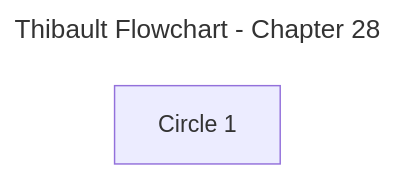
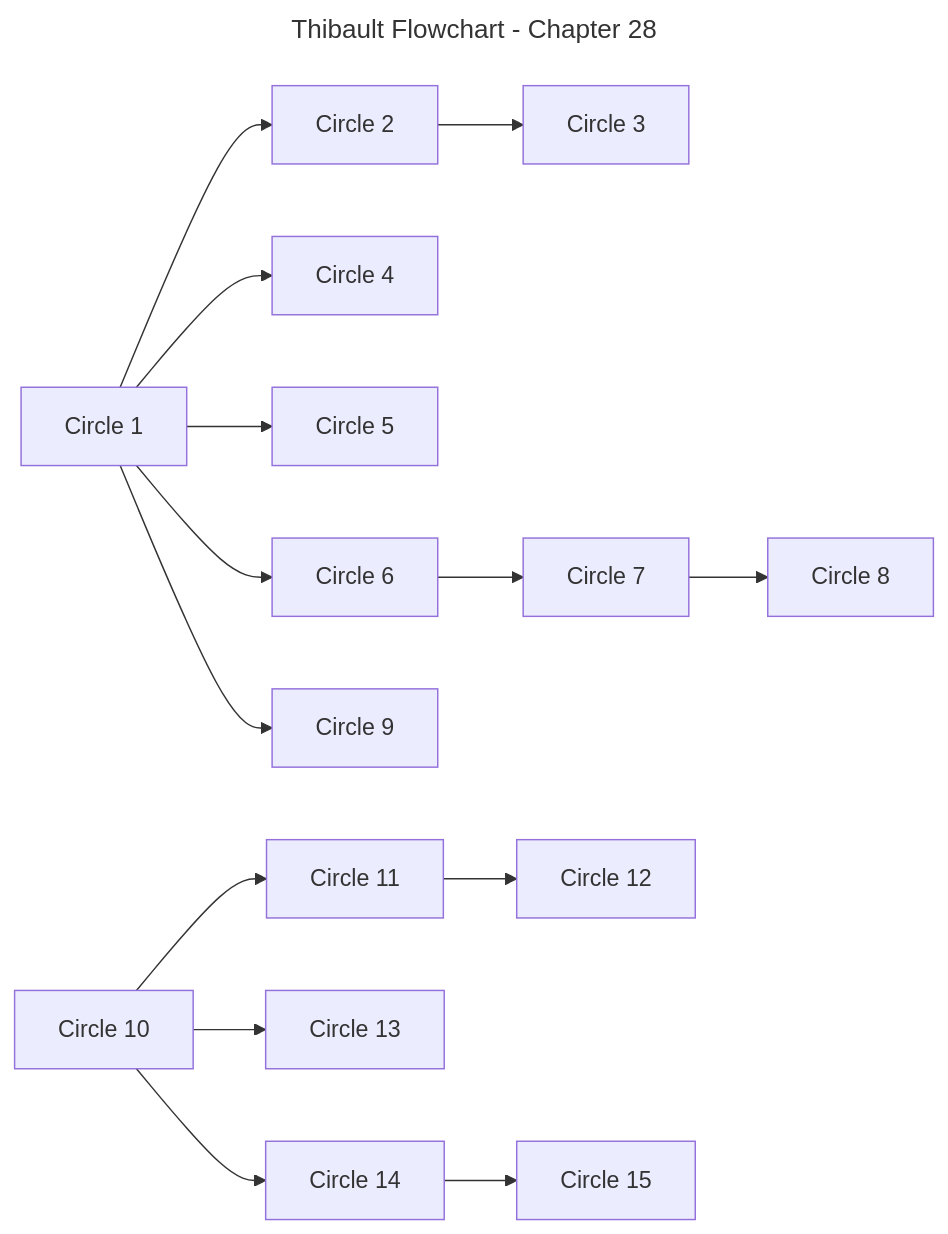
One commit to aquesnel/thibault-flowchart changed the diagram in flowchart-per-chapter/chapter-28.mmd. Above: the diagram before and after it, drawn with Mermaid.

Commit message:
feat(ch28): initial flowchart of the circles
Added additional nodes and edges to the flowchart for chapter 28.

```diff
--- a/flowchart-per-chapter/chapter-28.mmd
+++ b/flowchart-per-chapter/chapter-28.mmd
@@ -1,10 +1,40 @@
 ---
 title: Thibault Flowchart - Chapter 28
 config:
   layout: dagre
   flowchart:
     htmlLabels: false
 ---
 flowchart LR
 	%% Nodes
 	B1_T28_C01["Circle 1"]
+
+	B1_T28_C02["Circle 2"]
+	B1_T28_C03["Circle 3"]
+	B1_T28_C04["Circle 4"]
+	B1_T28_C05["Circle 5"]
+	B1_T28_C06["Circle 6"]
+	B1_T28_C07["Circle 7"]
+	B1_T28_C08["Circle 8"]
+	B1_T28_C09["Circle 9"]
+	B1_T28_C10["Circle 10"]
+	B1_T28_C11["Circle 11"]
+	B1_T28_C12["Circle 12"]
+	B1_T28_C13["Circle 13"]
+	B1_T28_C14["Circle 14"]
+	B1_T28_C15["Circle 15"]
+
+	%% Edges
+	B1_T28_C01 --> B1_T28_C02
+	B1_T28_C02 --> B1_T28_C03
+	B1_T28_C01 --> B1_T28_C04
+	B1_T28_C01 --> B1_T28_C05
+	B1_T28_C01 --> B1_T28_C06
+	B1_T28_C06 --> B1_T28_C07
+	B1_T28_C07 --> B1_T28_C08
+	B1_T28_C01 --> B1_T28_C09
+	B1_T28_C10 --> B1_T28_C11
+	B1_T28_C11 --> B1_T28_C12
+	B1_T28_C10 --> B1_T28_C13
+	B1_T28_C10 --> B1_T28_C14
+	B1_T28_C14 --> B1_T28_C15
```
